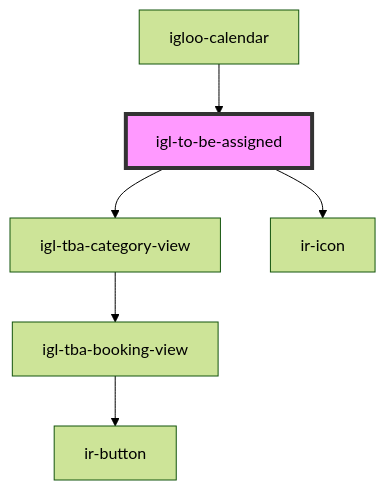
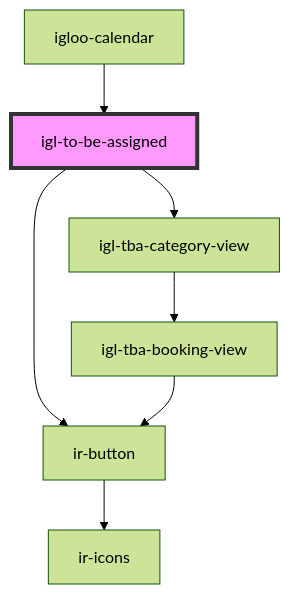
Before and after one commit to RonyRizk/ir-webcmp: the diagram in src/components/igloo-calendar/igl-to-be-assigned/readme.md, drawn with Mermaid (forest theme). The commit also changed other lines of this file and 86 other files, not shown here.

````diff
--- a/src/components/igloo-calendar/igl-to-be-assigned/readme.md
+++ b/src/components/igloo-calendar/igl-to-be-assigned/readme.md
@@ -42,9 +42,10 @@
 ```mermaid
 graph TD;
   igl-to-be-assigned --> igl-tba-category-view
-  igl-to-be-assigned --> ir-icon
+  igl-to-be-assigned --> ir-button
   igl-tba-category-view --> igl-tba-booking-view
   igl-tba-booking-view --> ir-button
+  ir-button --> ir-icons
   igloo-calendar --> igl-to-be-assigned
   style igl-to-be-assigned fill:#f9f,stroke:#333,stroke-width:4px
 ```
````
